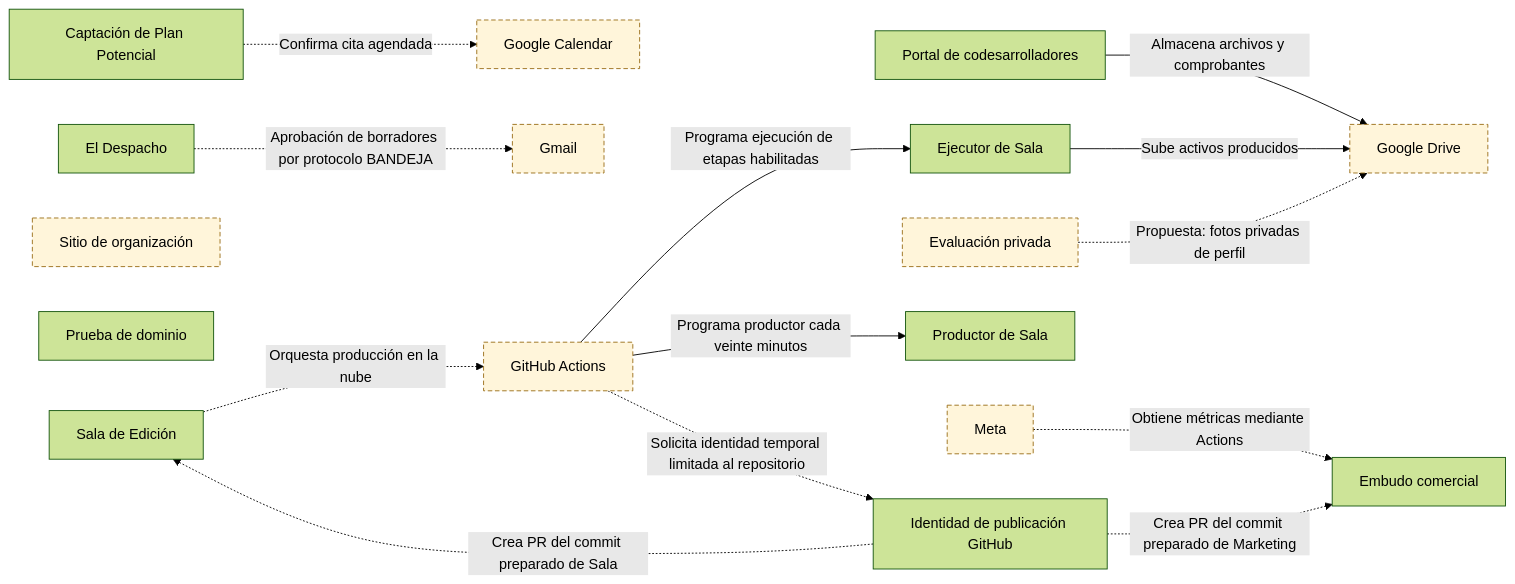
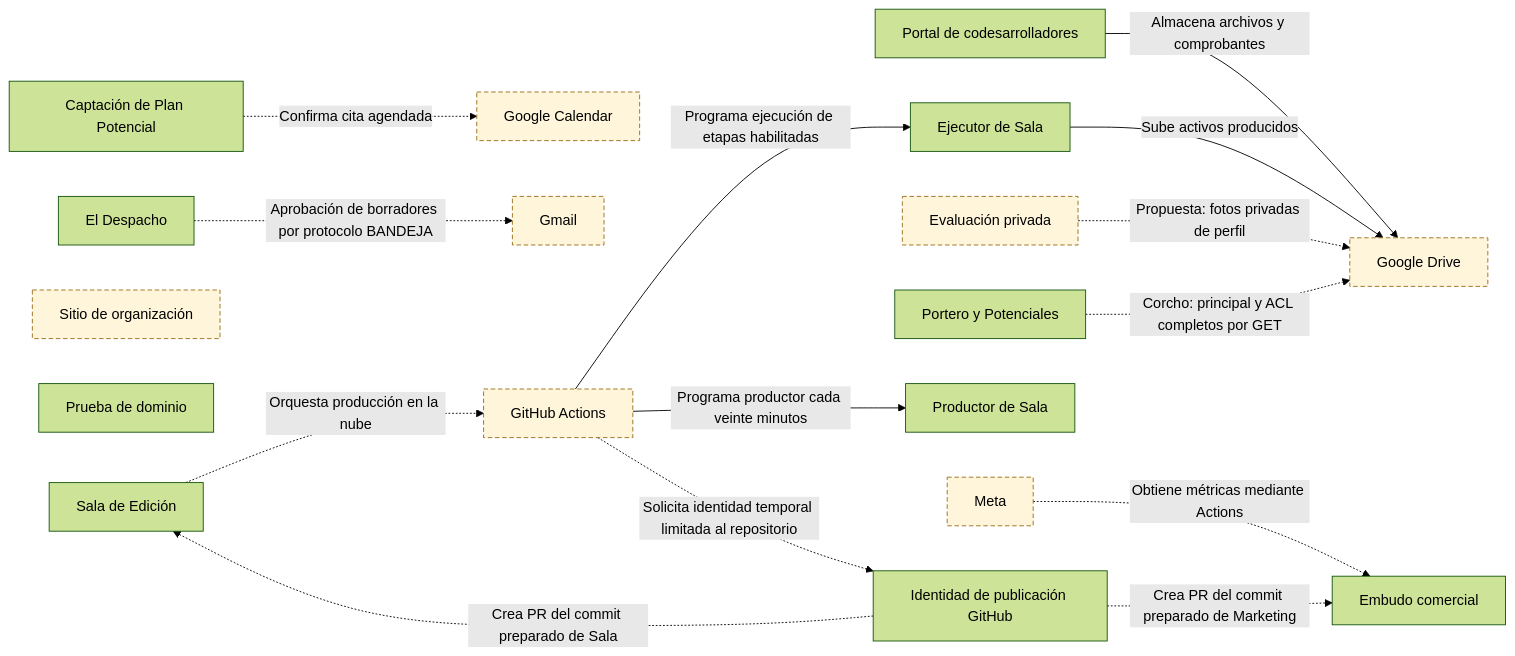
The eighth of 11 diagrams in docs/arquitectura/mapas.md (yodesarrollomx/yod-portal), drawn with Mermaid (forest theme) before and after one commit. The commit also changed other lines of this file and 12 other files, not shown here.

Commit message:
Registrar Corcho provisional de Sala 35 en Portero existente

````diff
--- a/docs/arquitectura/mapas.md
+++ b/docs/arquitectura/mapas.md
@@ -317,39 +319,41 @@
 ```mermaid
 flowchart LR
   n_SYS_DESPACHO["El Despacho"]
   n_SYS_MARKETING["Embudo comercial"]
   n_SYS_SALA["Sala de Edición"]
   n_SYS_SITIO_ORG["Sitio de organización"]
   n_SYS_PRUEBA_DOMINIO["Prueba de dominio"]
+  n_GAS_PORTERO["Portero y Potenciales"]
   n_GAS_PLAN_POTENCIAL["Captación de Plan Potencial"]
   n_GAS_CODES["Portal de codesarrolladores"]
   n_GAS_EMD["Evaluación privada"]
   n_EXT_DRIVE["Google Drive"]
   n_EXT_CALENDAR["Google Calendar"]
   n_EXT_META["Meta"]
   n_EXT_GMAIL["Gmail"]
   n_EXT_ACTIONS["GitHub Actions"]
   n_SVC_SALA_PRODUCTOR["Productor de Sala"]
   n_SVC_SALA_EJECUTOR["Ejecutor de Sala"]
   n_EXT_GITHUB_PUBLISHER_APP["Identidad de publicación GitHub"]
   n_GAS_PLAN_POTENCIAL -.->|Confirma cita agendada| n_EXT_CALENDAR
   n_EXT_META -.->|Obtiene métricas mediante Actions| n_SYS_MARKETING
   n_SYS_DESPACHO -.->|Aprobación de borradores por protocolo BANDEJA| n_EXT_GMAIL
   n_GAS_CODES -->|Almacena archivos y comprobantes| n_EXT_DRIVE
   n_SYS_SALA -.->|Orquesta producción en la nube| n_EXT_ACTIONS
   n_EXT_ACTIONS -->|Programa productor cada veinte minutos| n_SVC_SALA_PRODUCTOR
   n_EXT_ACTIONS -->|Programa ejecución de etapas habilitadas| n_SVC_SALA_EJECUTOR
   n_SVC_SALA_EJECUTOR -->|Sube activos producidos| n_EXT_DRIVE
   n_EXT_ACTIONS -.->|Solicita identidad temporal limitada al repositorio| n_EXT_GITHUB_PUBLISHER_APP
   n_EXT_GITHUB_PUBLISHER_APP -.->|Crea PR del commit preparado de Sala| n_SYS_SALA
   n_EXT_GITHUB_PUBLISHER_APP -.->|Crea PR del commit preparado de Marketing| n_SYS_MARKETING
   n_GAS_EMD -.->|Propuesta: fotos privadas de perfil| n_EXT_DRIVE
+  n_GAS_PORTERO -.->|Corcho: principal y ACL completos por GET| n_EXT_DRIVE
   classDef pendiente fill:#fff5da,stroke:#996d16,stroke-dasharray:5 3;
   class n_SYS_SITIO_ORG pendiente;
   class n_GAS_EMD pendiente;
   class n_EXT_DRIVE pendiente;
   class n_EXT_CALENDAR pendiente;
   class n_EXT_META pendiente;
   class n_EXT_GMAIL pendiente;
   class n_EXT_ACTIONS pendiente;
 ```
````
